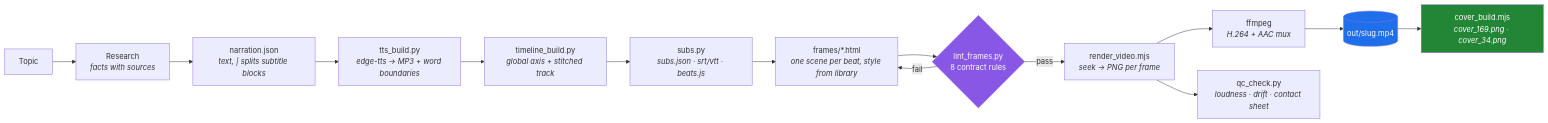
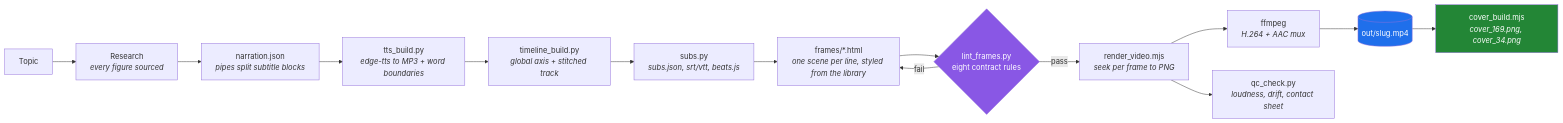
One commit to OneMoh/html-explainer changed the diagram in README.en.md. Above: the diagram before and after it, drawn with Mermaid. The commit also changed other lines of this file and 12 other files, not shown here.

````diff
--- a/README.en.md
+++ b/README.en.md
@@ -108,20 +183,20 @@
 ```mermaid
 flowchart LR
-    A["Topic"] --> B["Research<br/><i>facts with sources</i>"]
-    B --> C["narration.json<br/><i>text, | splits subtitle blocks</i>"]
-    C --> D["tts_build.py<br/><i>edge-tts → MP3 + word boundaries</i>"]
+    A["Topic"] --> B["Research<br/><i>every figure sourced</i>"]
+    B --> C["narration.json<br/><i>pipes split subtitle blocks</i>"]
+    C --> D["tts_build.py<br/><i>edge-tts to MP3 + word boundaries</i>"]
     D --> E["timeline_build.py<br/><i>global axis + stitched track</i>"]
-    E --> F["subs.py<br/><i>subs.json · srt/vtt · beats.js</i>"]
-    F --> G["frames/*.html<br/><i>one scene per beat, style from library</i>"]
-    G --> H{"lint_frames.py<br/>8 contract rules"}
+    E --> F["subs.py<br/><i>subs.json, srt/vtt, beats.js</i>"]
+    F --> G["frames/*.html<br/><i>one scene per line, styled from the library</i>"]
+    G --> H{"lint_frames.py<br/>eight contract rules"}
     H -->|fail| G
-    H -->|pass| I["render_video.mjs<br/><i>seek → PNG per frame</i>"]
+    H -->|pass| I["render_video.mjs<br/><i>seek per frame to PNG</i>"]
     I --> J["ffmpeg<br/><i>H.264 + AAC mux</i>"]
     J --> K[("out/slug.mp4")]
-    I --> L["qc_check.py<br/><i>loudness · drift · contact sheet</i>"]
-    K --> M["cover_build.mjs<br/><i>cover_169.png · cover_34.png</i>"]
+    I --> L["qc_check.py<br/><i>loudness, drift, contact sheet</i>"]
+    K --> M["cover_build.mjs<br/><i>cover_169.png, cover_34.png</i>"]
 
     style K fill:#1f6feb,color:#fff
     style H fill:#8957e5,color:#fff
     style M fill:#238636,color:#fff
 ```
````
